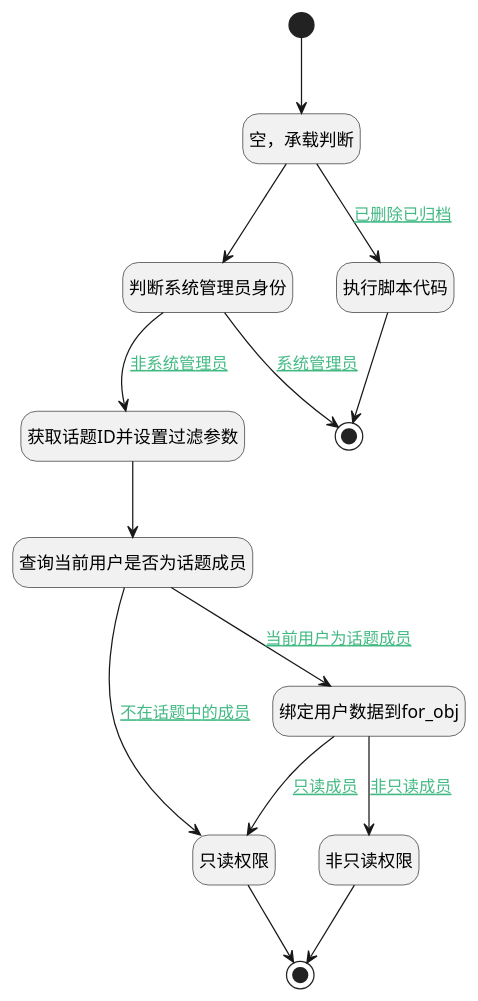
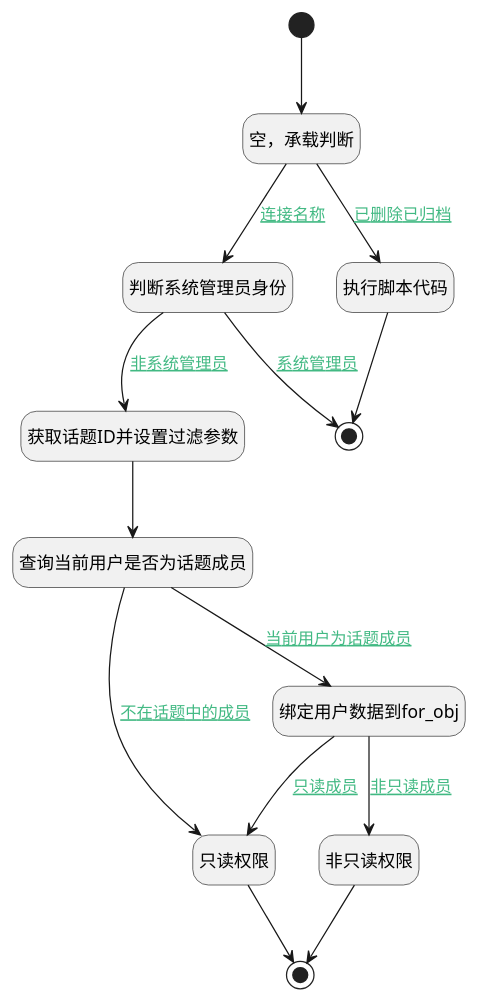
Before and after one commit to iBizLab/plm: the diagram in doc/docsify/module/Team/discuss_topic/logic/get_discuss_member_one.md, drawn with PlantUML. The commit also changed other lines of this file and 2903 other files, not shown here.

````diff
--- a/doc/docsify/module/Team/discuss_topic/logic/get_discuss_member_one.md
+++ b/doc/docsify/module/Team/discuss_topic/logic/get_discuss_member_one.md
@@ -7,40 +7,40 @@
 ```plantuml
 @startuml
 hide empty description
 <style>
 root {
   HyperlinkColor #42b983
 }
 </style>
 
 hide empty description
 state "开始" as Begin <<start>> [[$./get_discuss_member_one#begin {"开始"}]]
 state "判断系统管理员身份" as RAWSFCODE3  [[$./get_discuss_member_one#rawsfcode3 {"判断系统管理员身份"}]]
 state "结束" as END2 <<end>> [[$./get_discuss_member_one#end2 {"结束"}]]
 state "获取话题ID并设置过滤参数" as PREPAREPARAM2  [[$./get_discuss_member_one#prepareparam2 {"获取话题ID并设置过滤参数"}]]
 state "查询当前用户是否为话题成员" as DEDATASET3  [[$./get_discuss_member_one#dedataset3 {"查询当前用户是否为话题成员"}]]
 state "只读权限" as RAWSFCODE1  [[$./get_discuss_member_one#rawsfcode1 {"只读权限"}]]
 state "结束" as END6 <<end>> [[$./get_discuss_member_one#end6 {"结束"}]]
 state "空，承载判断" as PREPAREPARAM3  [[$./get_discuss_member_one#prepareparam3 {"空，承载判断"}]]
 state "绑定用户数据到for_obj" as PREPAREPARAM5  [[$./get_discuss_member_one#prepareparam5 {"绑定用户数据到for_obj"}]]
 state "非只读权限" as RAWSFCODE2  [[$./get_discuss_member_one#rawsfcode2 {"非只读权限"}]]
 state "执行脚本代码" as RAWSFCODE4  [[$./get_discuss_member_one#rawsfcode4 {"执行脚本代码"}]]
 
 
 Begin --> PREPAREPARAM3
-PREPAREPARAM3 --> RAWSFCODE3
+PREPAREPARAM3 --> RAWSFCODE4 : [[$./get_discuss_member_one#prepareparam3-rawsfcode4{已删除已归档} 已删除已归档]]
+RAWSFCODE4 --> END2
+PREPAREPARAM3 --> RAWSFCODE3 : [[$./get_discuss_member_one#prepareparam3-rawsfcode3{连接名称} 连接名称]]
 RAWSFCODE3 --> PREPAREPARAM2 : [[$./get_discuss_member_one#rawsfcode3-prepareparam2{非系统管理员} 非系统管理员]]
 PREPAREPARAM2 --> DEDATASET3
 DEDATASET3 --> RAWSFCODE1 : [[$./get_discuss_member_one#dedataset3-rawsfcode1{不在话题中的成员} 不在话题中的成员]]
 RAWSFCODE1 --> END6
 DEDATASET3 --> PREPAREPARAM5 : [[$./get_discuss_member_one#dedataset3-prepareparam5{当前用户为话题成员} 当前用户为话题成员]]
 PREPAREPARAM5 --> RAWSFCODE2 : [[$./get_discuss_member_one#prepareparam5-rawsfcode2{非只读成员} 非只读成员]]
 RAWSFCODE2 --> END6
 PREPAREPARAM5 --> RAWSFCODE1 : [[$./get_discuss_member_one#prepareparam5-rawsfcode1{只读成员} 只读成员]]
 RAWSFCODE3 --> END2 : [[$./get_discuss_member_one#rawsfcode3-end2{系统管理员} 系统管理员]]
-PREPAREPARAM3 --> RAWSFCODE4 : [[$./get_discuss_member_one#prepareparam3-rawsfcode4{已删除已归档} 已删除已归档]]
-RAWSFCODE4 --> END2
 
 
 @enduml
 ```
````
